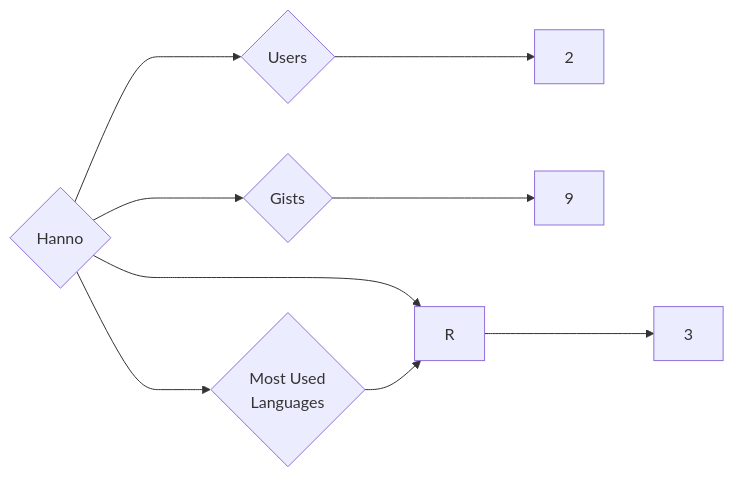
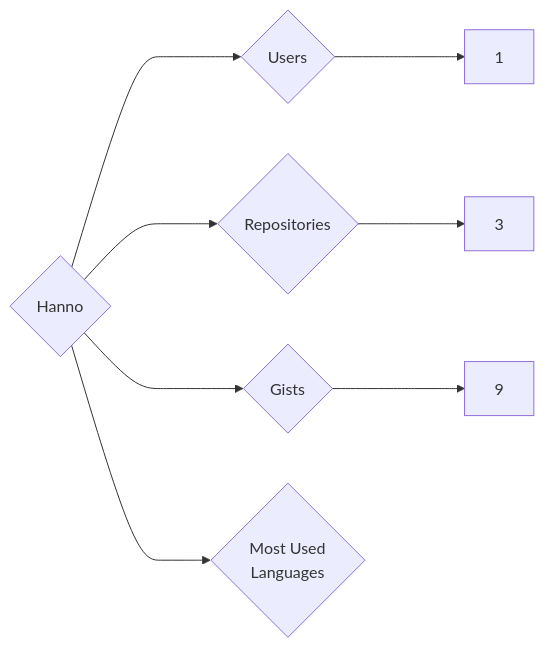
The diagram in targets/Hanno/README.md (trickest/insiders), drawn with Mermaid before and after one commit. The commit also changed 1148 other files, not shown here.

````diff
--- a/targets/Hanno/README.md
+++ b/targets/Hanno/README.md
@@ -3,9 +3,8 @@
 ```mermaid
 graph LR
 COMPANY_NAME{Hanno}
-COMPANY_NAME ---> U{Users} ---> UN[2]
+COMPANY_NAME ---> U{Users} ---> UN[1]
 COMPANY_NAME ---> R{Repositories} ---> RN[3]
 COMPANY_NAME ---> G{Gists} ---> GN[9]
 COMPANY_NAME ---> ML{Most Used<br>Languages}
-ML --> R[R]
 ```
````
